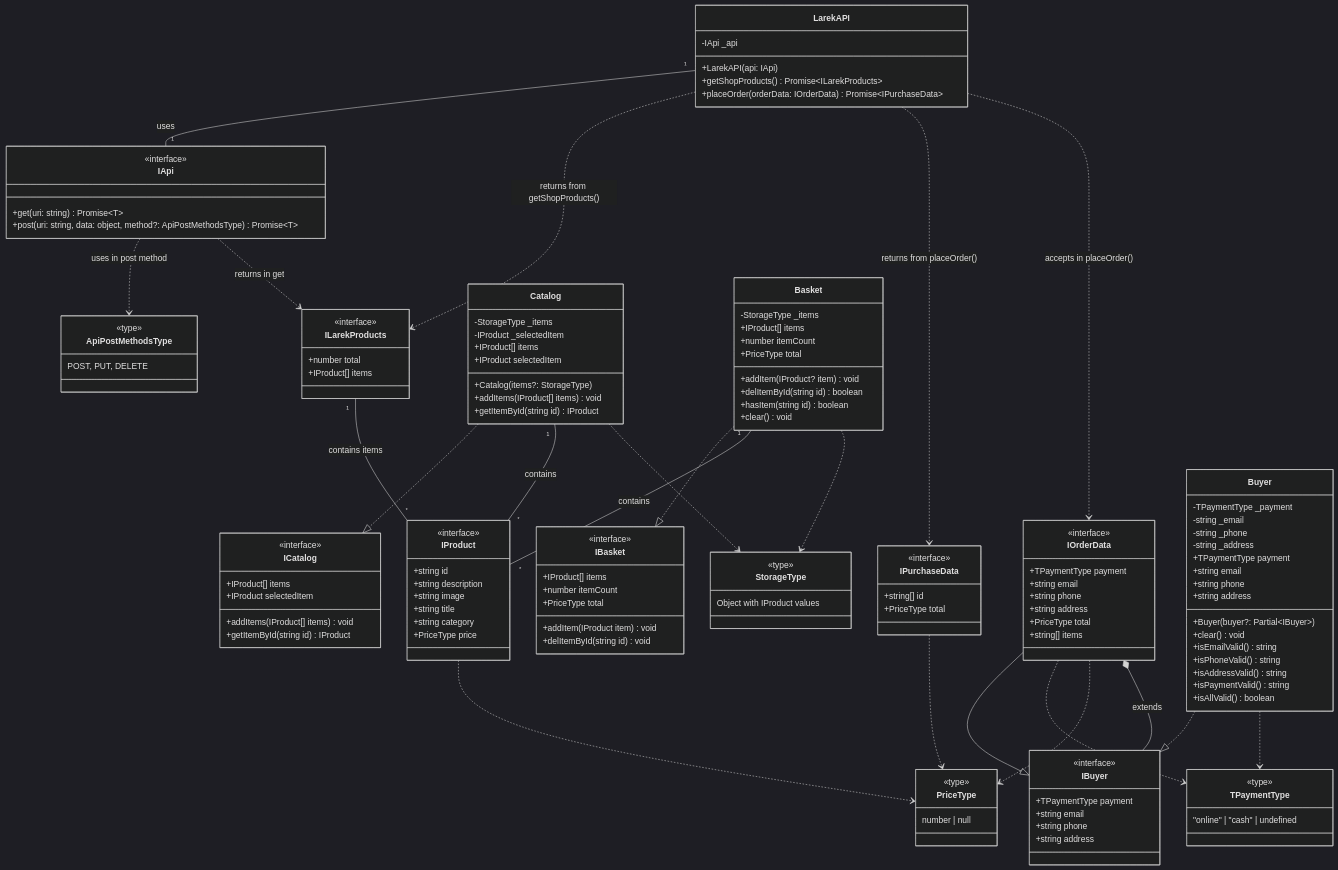
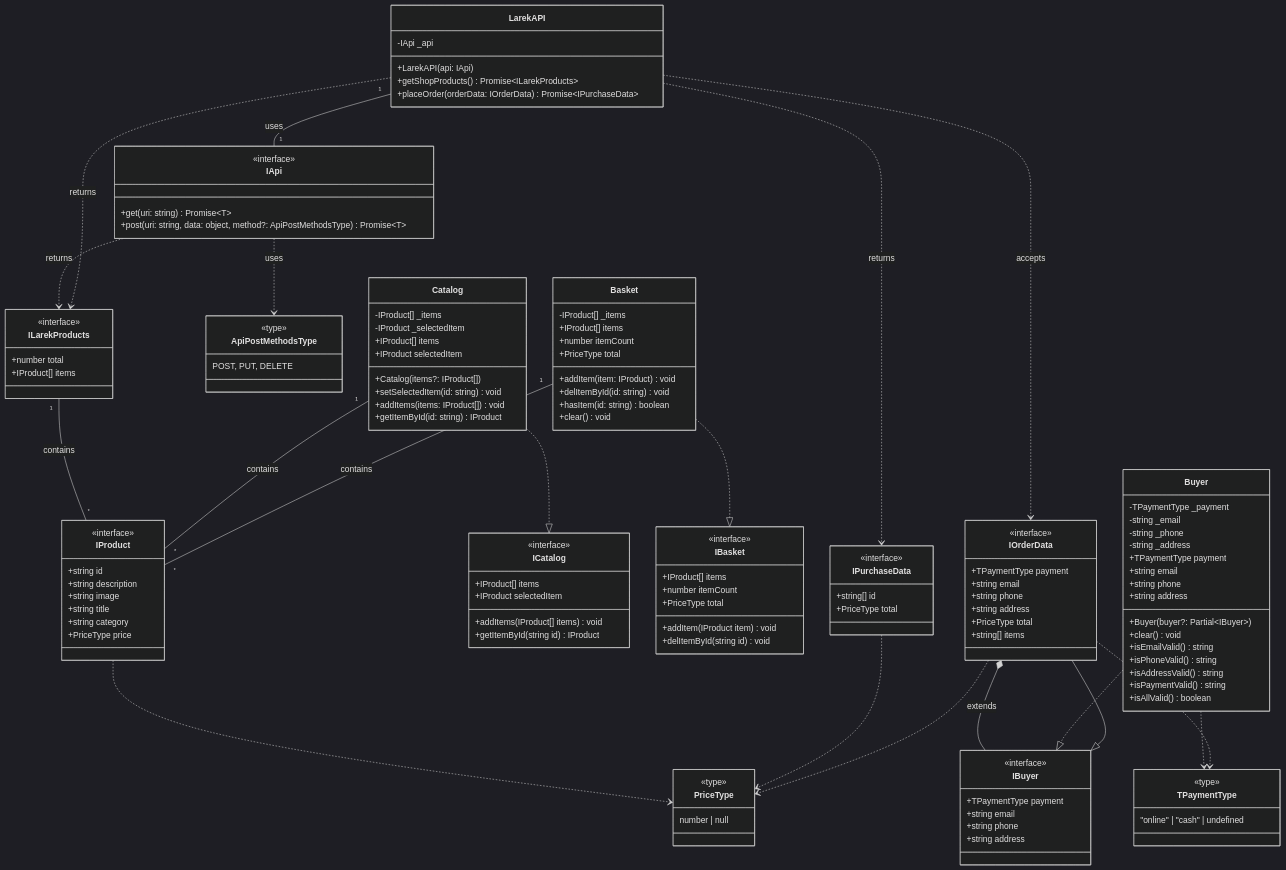
Before and after one commit to vvk2020/weblarek: the diagram in src/public/app-uml.md, drawn with Mermaid (dark theme). The commit also changed 6 other files, not shown here.

```diff
--- a/src/public/app-uml.md
+++ b/src/public/app-uml.md
@@ -77,11 +77,6 @@
         "online" | "cash" | undefined
     }
 
-    class StorageType {
-        <<type>>
-        Object with IProduct values
-    }
-
     class ApiPostMethodsType {
         <<type>>
         POST, PUT, DELETE
@@ -89,23 +84,24 @@
 
     %% Классы
     class Catalog {
-        -StorageType _items
+        -IProduct[] _items
         -IProduct _selectedItem
-        +Catalog(items?: StorageType)
+        +Catalog(items?: IProduct[])
         +IProduct[] items
         +IProduct selectedItem
-        +addItems(IProduct[] items) void
-        +getItemById(string id) IProduct
+        +setSelectedItem(id: string) void
+        +addItems(items: IProduct[]) void
+        +getItemById(id: string) IProduct
     }
 
     class Basket {
-        -StorageType _items
+        -IProduct[] _items
         +IProduct[] items
         +number itemCount
         +PriceType total
-        +addItem(IProduct? item) void
-        +delItemById(string id) boolean
-        +hasItem(string id) boolean
+        +addItem(item: IProduct) void
+        +delItemById(id: string) void
+        +hasItem(id: string) boolean
         +clear() void
     }
 
@@ -148,8 +144,6 @@
     LarekAPI "1" -- "1" IApi : uses
 
     %% Зависимости
-    Basket ..> StorageType
-    Catalog ..> StorageType
     IOrderData ..> TPaymentType
     IOrderData ..> PriceType
     IPurchaseData ..> PriceType
@@ -157,16 +151,16 @@
     Buyer ..> TPaymentType
     
     %% Связи LarekAPI с возвращаемыми типами
-    LarekAPI ..> ILarekProducts : returns from getShopProducts()
-    LarekAPI ..> IPurchaseData : returns from placeOrder()
-    LarekAPI ..> IOrderData : accepts in placeOrder()
+    LarekAPI ..> ILarekProducts : returns
+    LarekAPI ..> IPurchaseData : returns
+    LarekAPI ..> IOrderData : accepts
     
     %% Связи IApi с типами
-    IApi ..> ApiPostMethodsType : uses in post method
-    IApi ..> ILarekProducts : returns in get
+    IApi ..> ApiPostMethodsType : uses
+    IApi ..> ILarekProducts : returns
     
     %% Связи ILarekProducts с IProduct
-    ILarekProducts "1" -- "*" IProduct : contains items
+    ILarekProducts "1" -- "*" IProduct : contains
 
     %% Композиция
     IOrderData *-- IBuyer : extends
```
